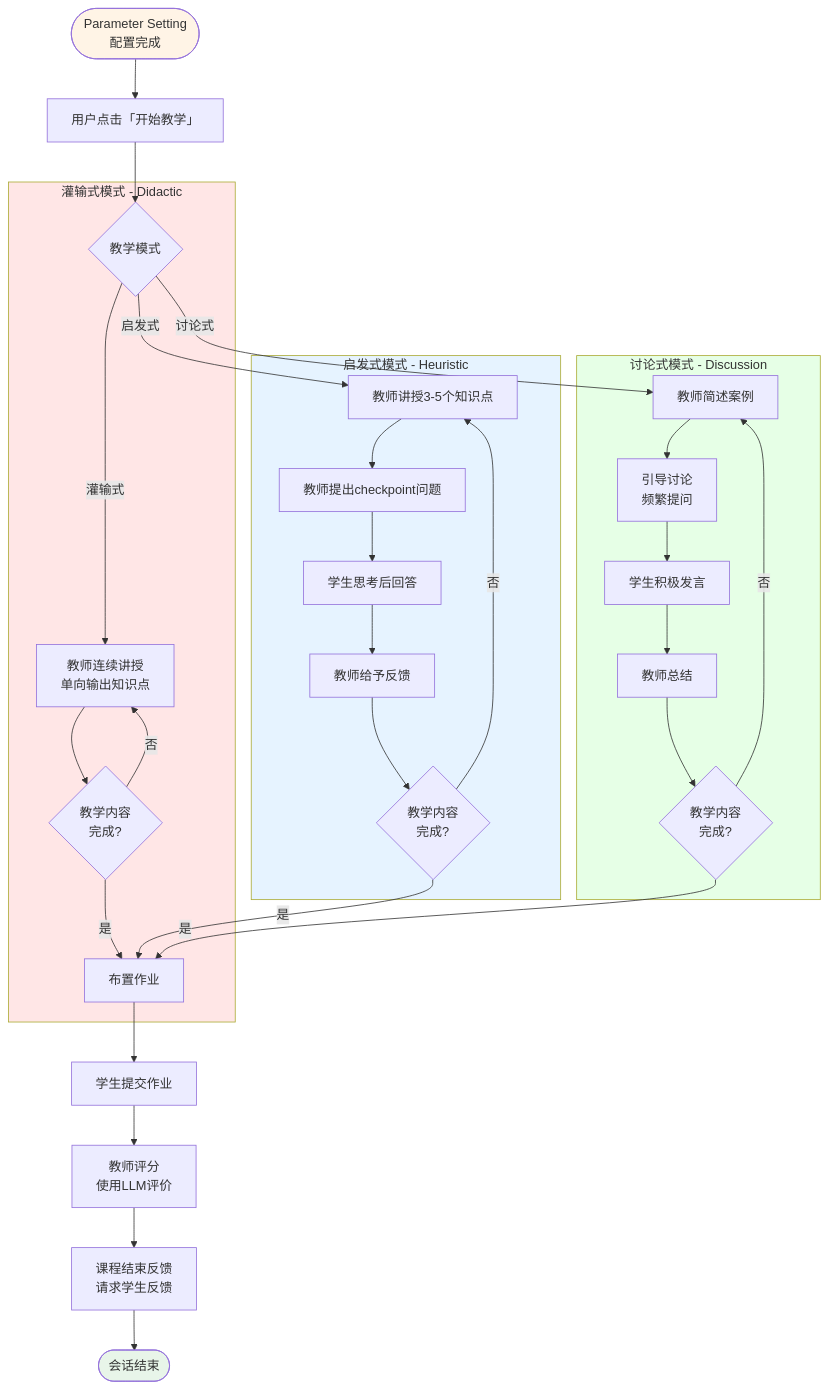
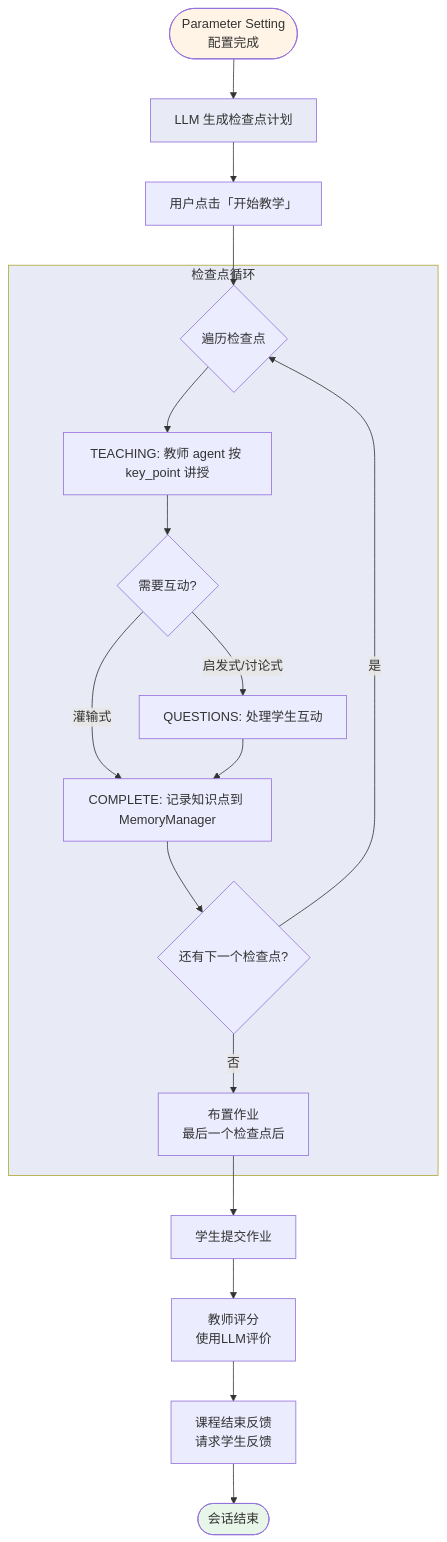
One commit to PZRvm/teaching-agent changed diagram 11 of 12 in docs/design.md. Above: the diagram before and after it, drawn with Mermaid. The commit also changed other lines of this file and 3 other files, not shown here.

````diff
--- a/docs/design.md
+++ b/docs/design.md
@@ -1719,43 +2279,27 @@
 ```mermaid
 flowchart TB
-    Start([Parameter Setting<br/>配置完成]) --> ClickStart[用户点击「开始教学」]
-    ClickStart --> Teaching{教学模式}
-    
-    subgraph Didactic [灌输式模式 - Didactic]
-        Teaching -->|灌输式| D1[教师连续讲授<br/>单向输出知识点]
-        D1 --> D_Check{教学内容<br/>完成?}
-        D_Check -->|否| D1
-        D_Check -->|是| AssignHomework[布置作业]
+    Start([Parameter Setting<br/>配置完成]) --> GenPlan[LLM 生成检查点计划]
+    GenPlan --> ClickStart[用户点击「开始教学」]
+    ClickStart --> CheckpointLoop{遍历检查点}
+
+    subgraph CheckpointIteration [检查点循环]
+        CheckpointLoop --> CP_Teaching[TEACHING: 教师 agent 按 key_point 讲授]
+        CP_Teaching --> CP_Questions{需要互动?}
+        CP_Questions -->|启发式/讨论式| CP_Q[QUESTIONS: 处理学生互动]
+        CP_Questions -->|灌输式| CP_Complete
+        CP_Q --> CP_Complete[COMPLETE: 记录知识点到 MemoryManager]
+        CP_Complete --> NextCP{还有下一个检查点?}
+        NextCP -->|是| CheckpointLoop
+        NextCP -->|否| AssignHomework
     end
-    
-    subgraph Heuristic [启发式模式 - Heuristic]
-        Teaching -->|启发式| H1[教师讲授3-5个知识点]
-        H1 --> H2[教师提出checkpoint问题]
-        H2 --> H3[学生思考后回答]
-        H3 --> H4[教师给予反馈]
-        H4 --> H_Check{教学内容<br/>完成?}
-        H_Check -->|否| H1
-        H_Check -->|是| AssignHomework
-    end
-    
-    subgraph Discussion [讨论式模式 - Discussion]
-        Teaching -->|讨论式| Disc1[教师简述案例]
-        Disc1 --> Disc2[引导讨论<br/>频繁提问]
-        Disc2 --> Disc3[学生积极发言]
-        Disc3 --> Disc4[教师总结]
-        Disc4 --> Disc_Check{教学内容<br/>完成?}
-        Disc_Check -->|否| Disc1
-        Disc_Check -->|是| AssignHomework
-    end
-    
-    AssignHomework[布置作业] --> Submit[学生提交作业]
+
+    AssignHomework[布置作业<br/>最后一个检查点后] --> Submit[学生提交作业]
     Submit --> Grade[教师评分<br/>使用LLM评价]
     Grade --> Feedback[课程结束反馈<br/>请求学生反馈]
     Feedback --> End([会话结束])
-    
-    style Didactic fill:#ffe6e6
-    style Heuristic fill:#e6f3ff
-    style Discussion fill:#e6ffe6
+
+    style CheckpointIteration fill:#e8eaf6
     style Start fill:#fff4e6
     style End fill:#e8f5e9
+    style GenPlan fill:#e8eaf6
 ```
````
